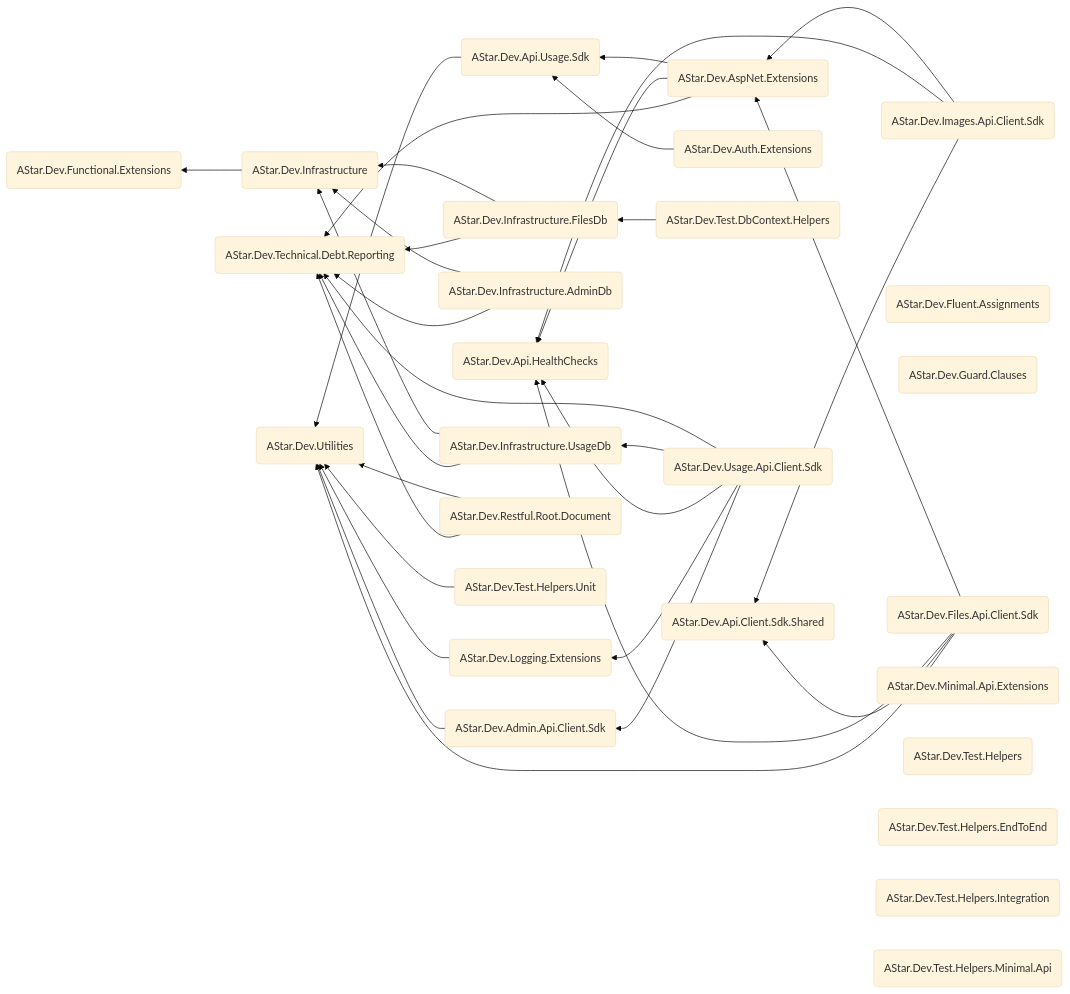
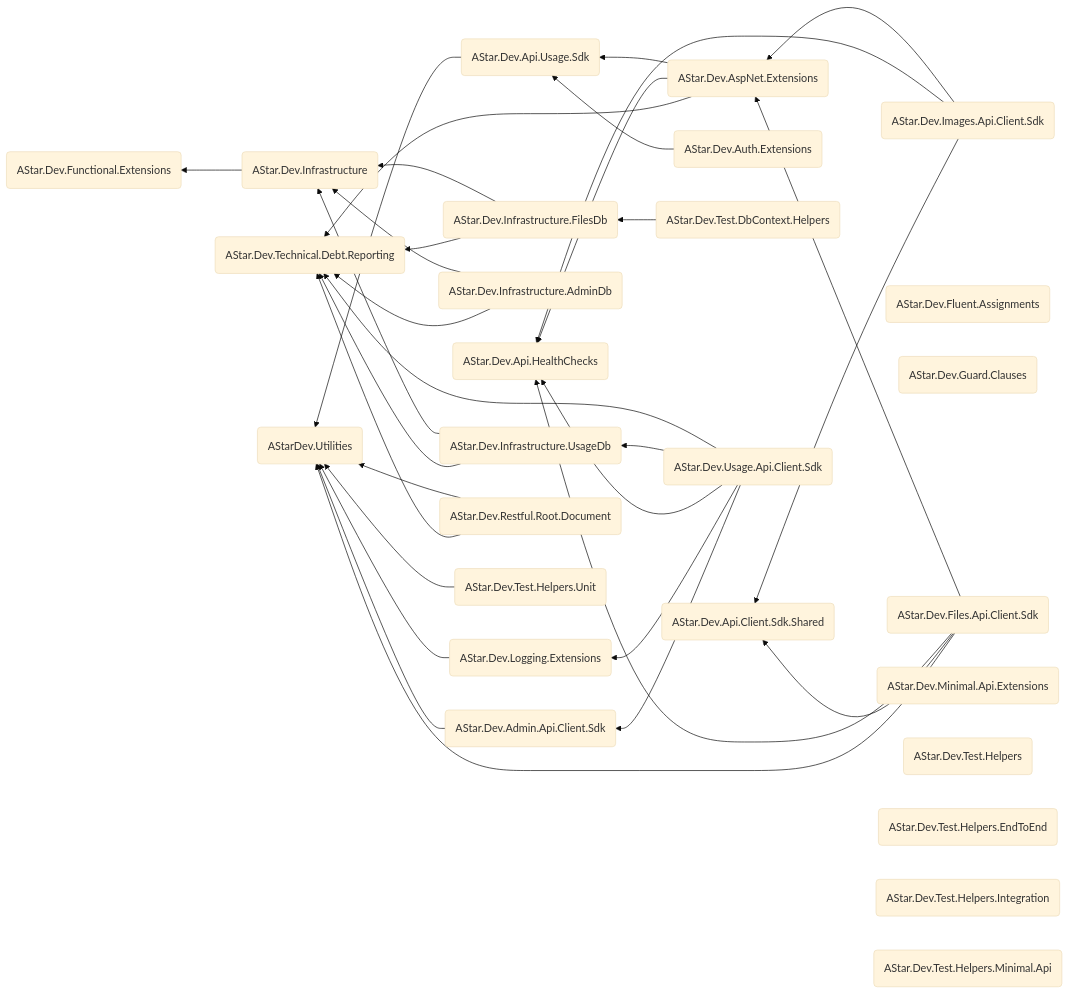
One commit to astar-development/astar-dev-mono changed the diagram in packages/astar-dev-nuget-package-details-and-usage/README.md. Above: the diagram before and after it, drawn with Mermaid (base theme). The commit also changed other lines of this file and 147 other files, not shown here.

Commit message:
maint: rename AStar.Dev.Utilities to AStarDev.Utilities (#942)

````diff
--- a/packages/astar-dev-nuget-package-details-and-usage/README.md
+++ b/packages/astar-dev-nuget-package-details-and-usage/README.md
@@ -37,45 +37,45 @@
 ```mermaid
 graph RL
     A(AStar.Dev.Technical.Debt.Reporting)
-    B(AStar.Dev.Utilities)
+    B(AStarDev.Utilities)
     C(AStar.Dev.Admin.Api.Client.Sdk) --> B
     D(AStar.Dev.Api.Client.Sdk.Shared)
     E(AStar.Dev.Api.HealthChecks)
     F(AStar.Dev.Api.Usage.Sdk) --> B
     G(AStar.Dev.AspNet.Extensions) --> A
     G(AStar.Dev.AspNet.Extensions) --> E
     G(AStar.Dev.AspNet.Extensions) --> F
     H(AStar.Dev.Auth.Extensions) --> F
     I(AStar.Dev.Files.Api.Client.Sdk) --> B
     I(AStar.Dev.Files.Api.Client.Sdk) --> D
     I(AStar.Dev.Files.Api.Client.Sdk) --> E
     I(AStar.Dev.Files.Api.Client.Sdk) --> G
     J(AStar.Dev.Fluent.Assignments)
     K(AStar.Dev.Functional.Extensions)
     L(AStar.Dev.Guard.Clauses)
     M(AStar.Dev.Images.Api.Client.Sdk) --> D
     M(AStar.Dev.Images.Api.Client.Sdk) --> E
     M(AStar.Dev.Images.Api.Client.Sdk) --> G
     N(AStar.Dev.Infrastructure) --> K
     O(AStar.Dev.Infrastructure.AdminDb) --> A
     O(AStar.Dev.Infrastructure.AdminDb) --> N
     P(AStar.Dev.Infrastructure.FilesDb) --> A
     P(AStar.Dev.Infrastructure.FilesDb) --> N
     Q(AStar.Dev.Infrastructure.UsageDb) --> A
     Q(AStar.Dev.Infrastructure.UsageDb) --> N
     R(AStar.Dev.Logging.Extensions) --> B
     S(AStar.Dev.Minimal.Api.Extensions)
     T(AStar.Dev.Restful.Root.Document) --> A
     T(AStar.Dev.Restful.Root.Document) --> B
     U(AStar.Dev.Test.DbContext.Helpers) --> P
     V(AStar.Dev.Test.Helpers)
     W(AStar.Dev.Test.Helpers.EndToEnd)
     X(AStar.Dev.Test.Helpers.Integration)
     Y(AStar.Dev.Test.Helpers.Minimal.Api)
     Z(AStar.Dev.Test.Helpers.Unit) --> B
     ZA(AStar.Dev.Usage.Api.Client.Sdk) --> C
     ZA(AStar.Dev.Usage.Api.Client.Sdk) --> R
     ZA(AStar.Dev.Usage.Api.Client.Sdk) --> E
     ZA(AStar.Dev.Usage.Api.Client.Sdk) --> Q
     ZA(AStar.Dev.Usage.Api.Client.Sdk) --> A
 ```
````
